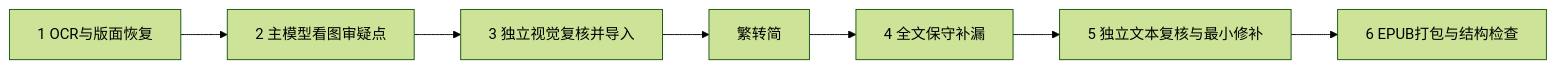
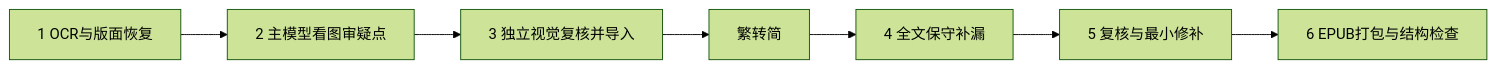
Before and after one commit to joshuaburgen/ai-pdf2epub: the diagram in README.md, drawn with Mermaid (forest theme). The commit also changed other lines of this file and 9 other files, not shown here.

````diff
--- a/README.md
+++ b/README.md
@@ -9,9 +9,9 @@
 ```mermaid
 flowchart LR
   A[1 OCR与版面恢复] --> B[2 主模型看图审疑点]
   B --> C[3 独立视觉复核并导入]
   C --> D[繁转简]
   D --> E[4 全文保守补漏]
-  E --> F[5 独立文本复核与最小修补]
+  E --> F[5 复核与最小修补]
   F --> G[6 EPUB打包与结构检查]
 ```
````
